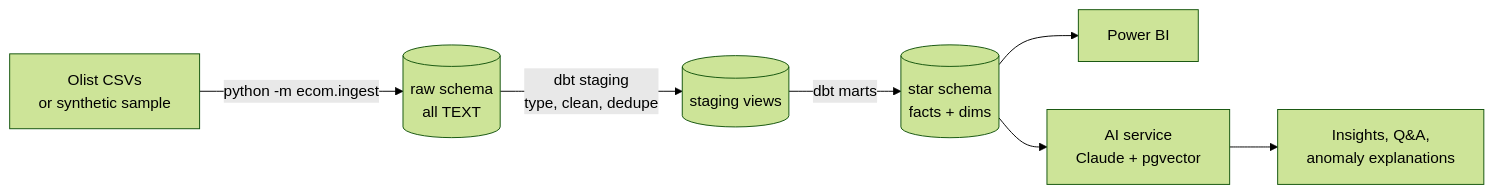
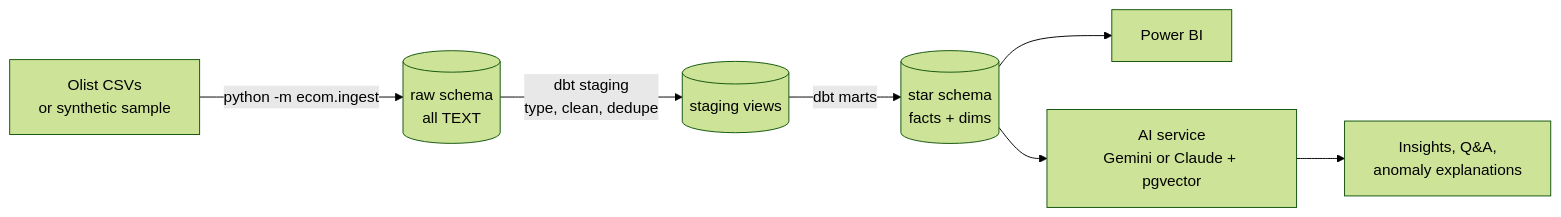
The first of 2 diagrams in README.md (abhishekkumar1372/ecommerce-ai-insights), drawn with Mermaid (forest theme) before and after one commit.

Commit message:
Update architecture diagram for swappable model provider

````diff
--- a/README.md
+++ b/README.md
@@ -14,9 +14,9 @@
 ```mermaid
 flowchart LR
     A[Olist CSVs<br/>or synthetic sample] -->|python -m ecom.ingest| B[(raw schema<br/>all TEXT)]
     B -->|dbt staging<br/>type, clean, dedupe| C[(staging views)]
     C -->|dbt marts| D[(star schema<br/>facts + dims)]
     D --> E[Power BI]
-    D --> F[AI service<br/>Claude + pgvector]
+    D --> F[AI service<br/>Gemini or Claude + pgvector]
     F --> G[Insights, Q&A,<br/>anomaly explanations]
 ```
````
